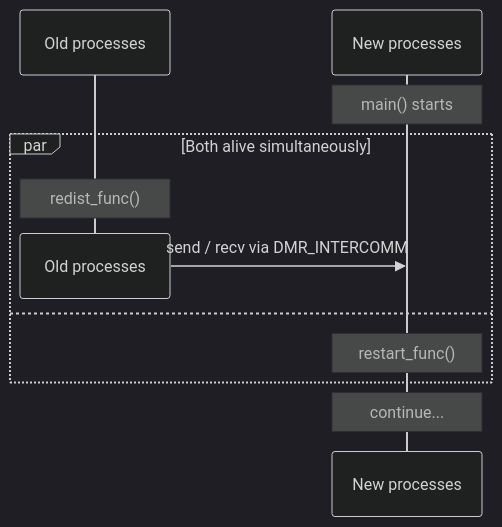
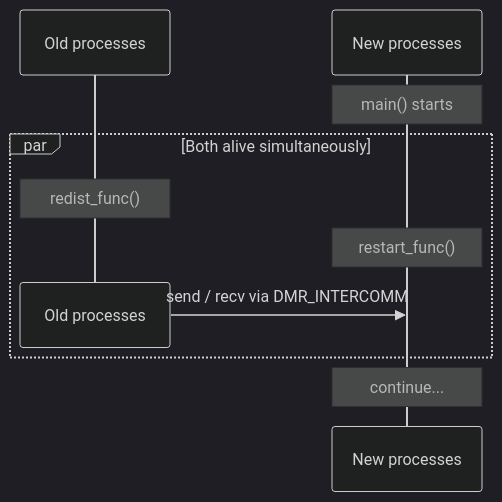
The second of 2 diagrams in docs/user-guide/data-redistribution.md (accelcom-bsc/DMR), drawn with Mermaid (dark theme) before and after one commit. The commit also changed other lines of this file, not shown here.

Commit message:
fix diagram flow: restart_func before comm, load arrow proc to disk

````diff
--- a/docs/user-guide/data-redistribution.md
+++ b/docs/user-guide/data-redistribution.md
@@ -36,14 +36,13 @@
 ```mermaid
 sequenceDiagram
     participant Old as Old processes
     participant New as New processes
     Note over New: main() starts
     par Both alive simultaneously
         Note over Old: redist_func()
+        Note over New: restart_func()
         destroy Old
         Old->>New: send / recv via DMR_INTERCOMM
-    and
-        Note over New: restart_func()
     end
     Note over New: continue...
 ```
````
